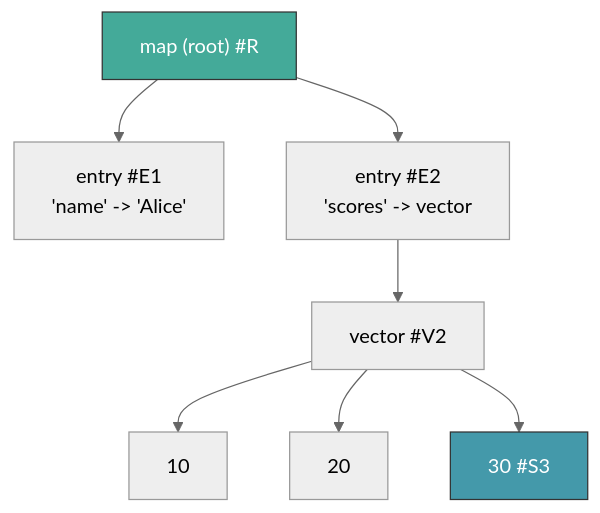
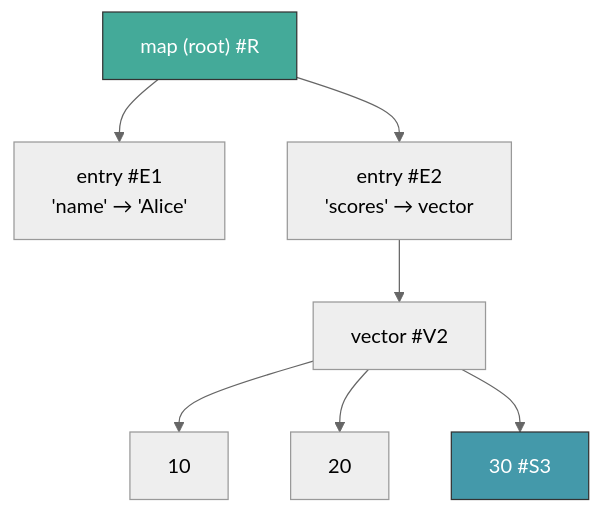
Before and after one commit to jclaggett/dacite: the third of 5 diagrams in docs/book/04-authorization/chapter.md, drawn with Mermaid (neutral theme). The commit also changed other lines of this file, not shown here.

Commit message:
docs: major rewrite of Chapter 4 with improved conceptual flow, deeper explanations, and better structure

````diff
--- a/docs/book/04-authorization/chapter.md
+++ b/docs/book/04-authorization/chapter.md
@@ -74,11 +70,11 @@
 ```mermaid
 graph TD
-    R["map (root) #R"] --> E1["entry #E1\n'name' -> 'Alice'"]
-    R --> E2["entry #E2\n'scores' -> vector"]
+    R["map (root) #R"] --> E1["entry #E1\n'name' → 'Alice'"]
+    R --> E2["entry #E2\n'scores' → vector"]
     E2 --> V2["vector #V2"]
     V2 --> S1["10"]
     V2 --> S2["20"]
     V2 --> S3["30 #S3"]
     style R fill:#4a9,stroke:#333,color:#fff
     style S3 fill:#49a,stroke:#333,color:#fff
 ```
````
